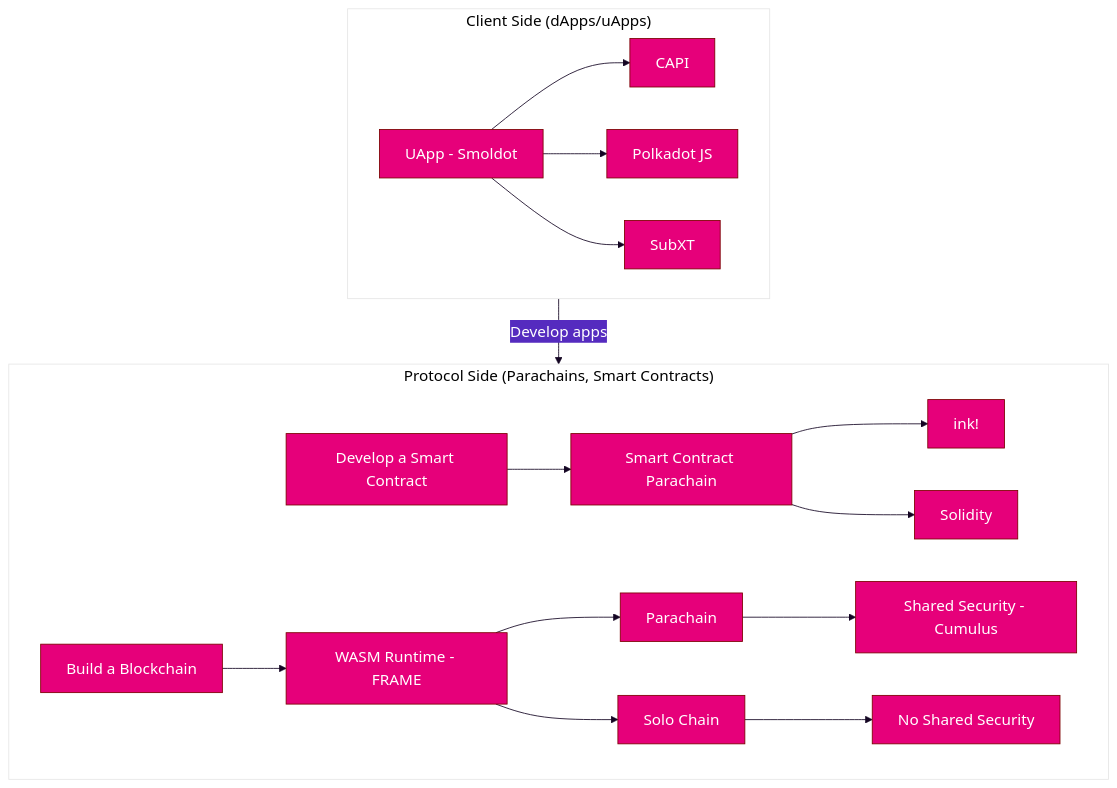
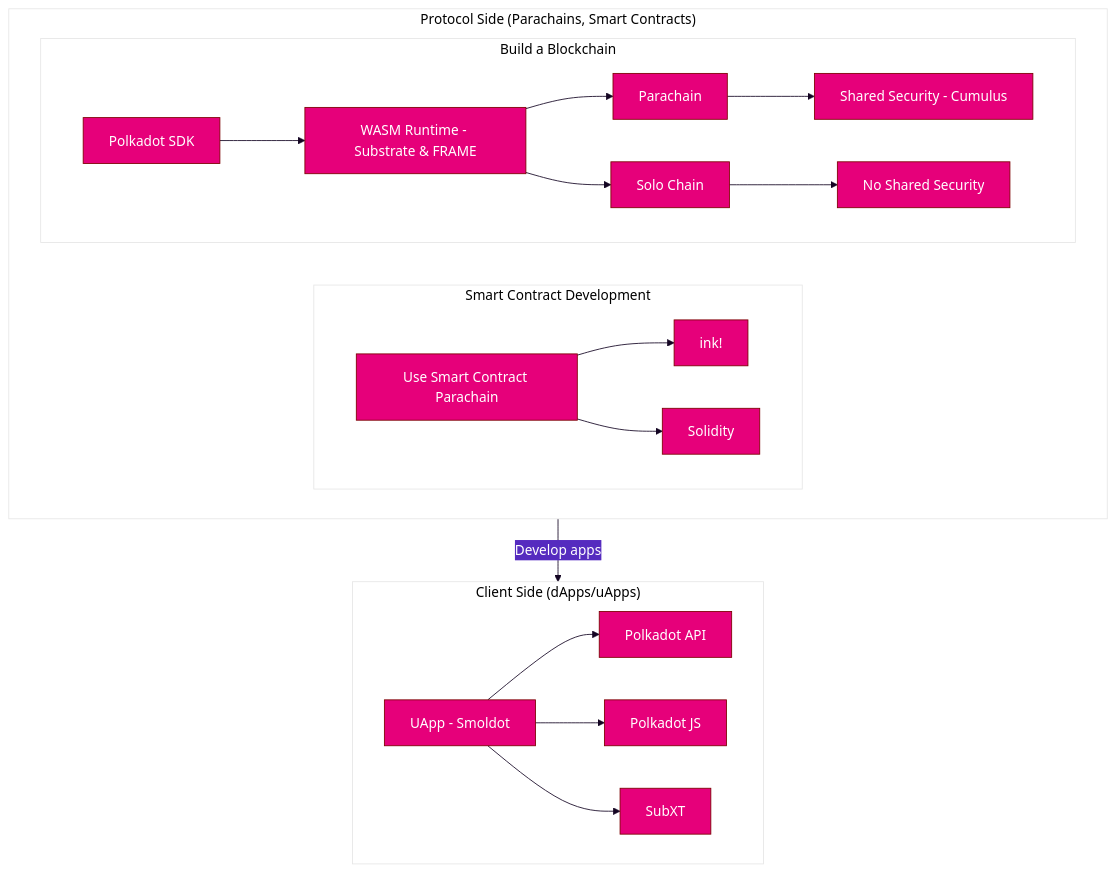
The diagram in docs/build/build-guide.md (w3f/polkadot-wiki), drawn with Mermaid before and after one commit. The commit also changed 1 other file, not shown here.

Commit message:
minor changes

````diff
--- a/docs/build/build-guide.md
+++ b/docs/build/build-guide.md
@@ -45,37 +45,44 @@
 ```mermaid
 %%{
   init: {
     'theme': 'base',
     'themeVariables': {
       'fontFamily': 'Unbounded',
       'primaryColor': '#E6007A',
-      'fontSize': '18px',
+      'fontSize': '16px',
       'primaryTextColor': '#fff',
       'primaryBorderColor': '#7C0000',
       'lineColor': '#140523',
       'secondaryColor': '#552BBF',
       'tertiaryColor': '#fff'
     }
   }
 }%%
 flowchart TB
     subgraph PL ["Protocol Side (Parachains, Smart Contracts)"]
-        ST[Build a Blockchain]
-        BSC[Develop a Smart Contract] --> SC[Smart Contract Parachain]
-        SC --> ink!
-        SC --> Solidity
-        ST --> R[WASM Runtime - FRAME]
-        R -->Parachain["Parachain"]-->SSC["Shared Security - Cumulus"]
-        R -->SoloChain[Solo Chain]-->NSS["No Shared Security"]
+
+        subgraph SCD ["Smart Contract Development"]
+          direction LR
+          SC["Use Smart Contract Parachain"]
+          SC --> ink!
+          SC --> Solidity
+        end
+
+        subgraph PSL ["Build a Blockchain"]
+           direction LR
+           PS["Polkadot SDK"] --> R[WASM Runtime - Substrate & FRAME]
+           R -->Parachain["Parachain"]-->SSC["Shared Security - Cumulus"]
+           R -->SoloChain[Solo Chain]-->NSS["No Shared Security"]
+        end
     end
 
-    CS-->| Develop apps| PL
+    PL-->| Develop apps| CS
 
     subgraph CS ["Client Side (dApps/uApps)"]
         UA[UApp - Smoldot]
-        UA --> CAPI
+        UA --> PAPI[Polkadot API]
         UA --> PJS[Polkadot JS]
         UA --> SubXT
         SubXT
     end
 ```
````
